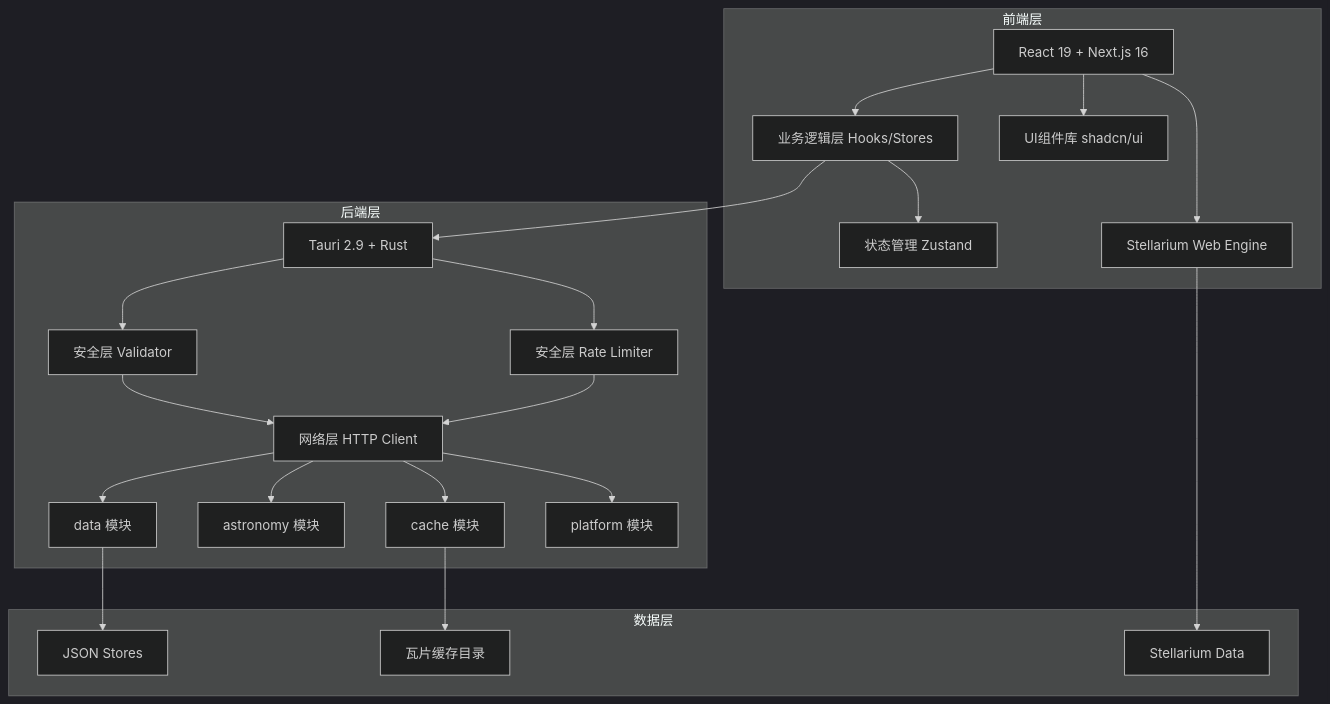
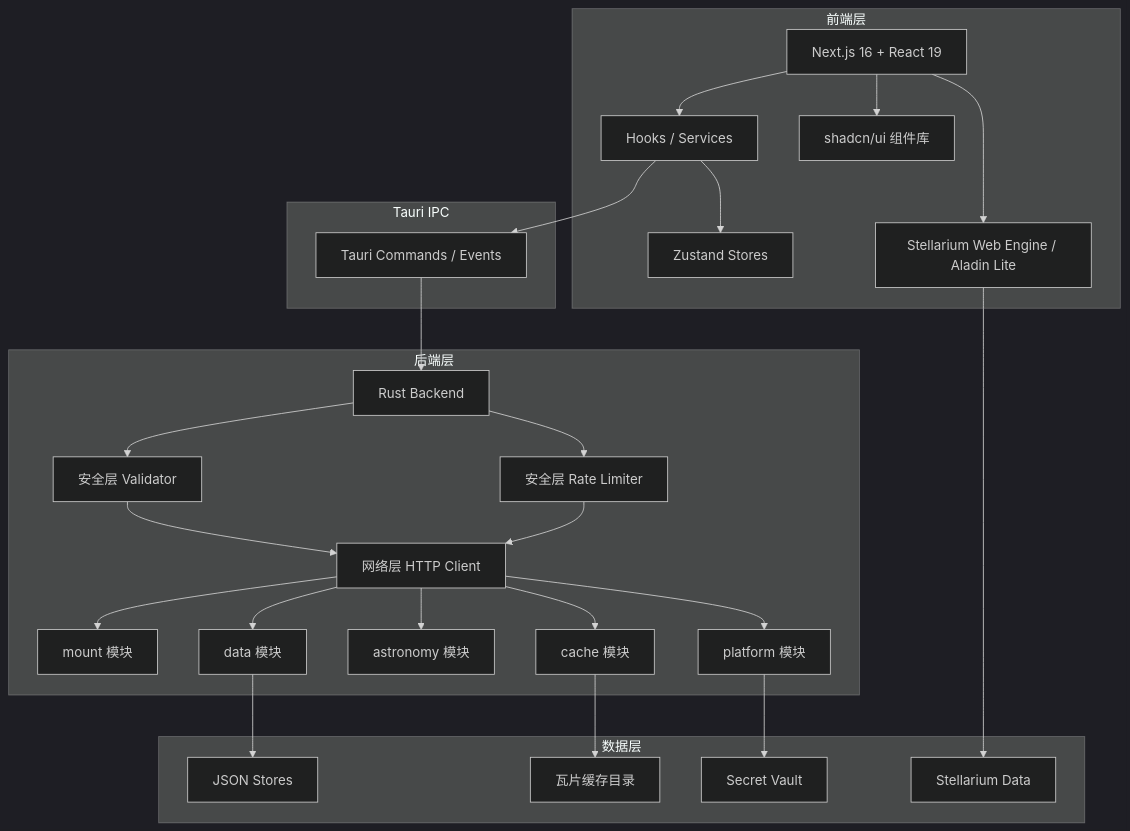
One commit to MaxQian888/cobalt-skymap changed the diagram in docs/index.md. Above: the diagram before and after it, drawn with Mermaid (dark theme). The commit also changed other lines of this file and 253 other files, not shown here.

````diff
--- a/docs/index.md
+++ b/docs/index.md
@@ -78,44 +78,53 @@
 ```mermaid
 graph TB
     subgraph 前端层
-        A[React 19 + Next.js 16]
-        B[Stellarium Web Engine]
-        C[UI组件库 shadcn/ui]
-        D[业务逻辑层 Hooks/Stores]
-        E[状态管理 Zustand]
+        A[Next.js 16 + React 19]
+        B[Stellarium Web Engine / Aladin Lite]
+        C[shadcn/ui 组件库]
+        D[Hooks / Services]
+        E[Zustand Stores]
+    end
+
+    subgraph Tauri IPC
+        F[Tauri Commands / Events]
     end
 
     subgraph 后端层
-        F[Tauri 2.9 + Rust]
+        G[Rust Backend]
         S1[安全层 Rate Limiter]
         S2[安全层 Validator]
         N[网络层 HTTP Client]
         P1[platform 模块]
         P2[cache 模块]
         P3[astronomy 模块]
         P4[data 模块]
+        P5[mount 模块]
     end
 
     subgraph 数据层
         J[JSON Stores]
         K[瓦片缓存目录]
         L[Stellarium Data]
+        M[Secret Vault]
     end
 
     A --> B
     A --> C
     A --> D
     D --> E
     D --> F
-    F --> S1
-    F --> S2
+    F --> G
+    G --> S1
+    G --> S2
     S1 --> N
     S2 --> N
     N --> P1
     N --> P2
     N --> P3
     N --> P4
+    N --> P5
     P4 --> J
     P2 --> K
+    P1 --> M
     B --> L
 ```
````
